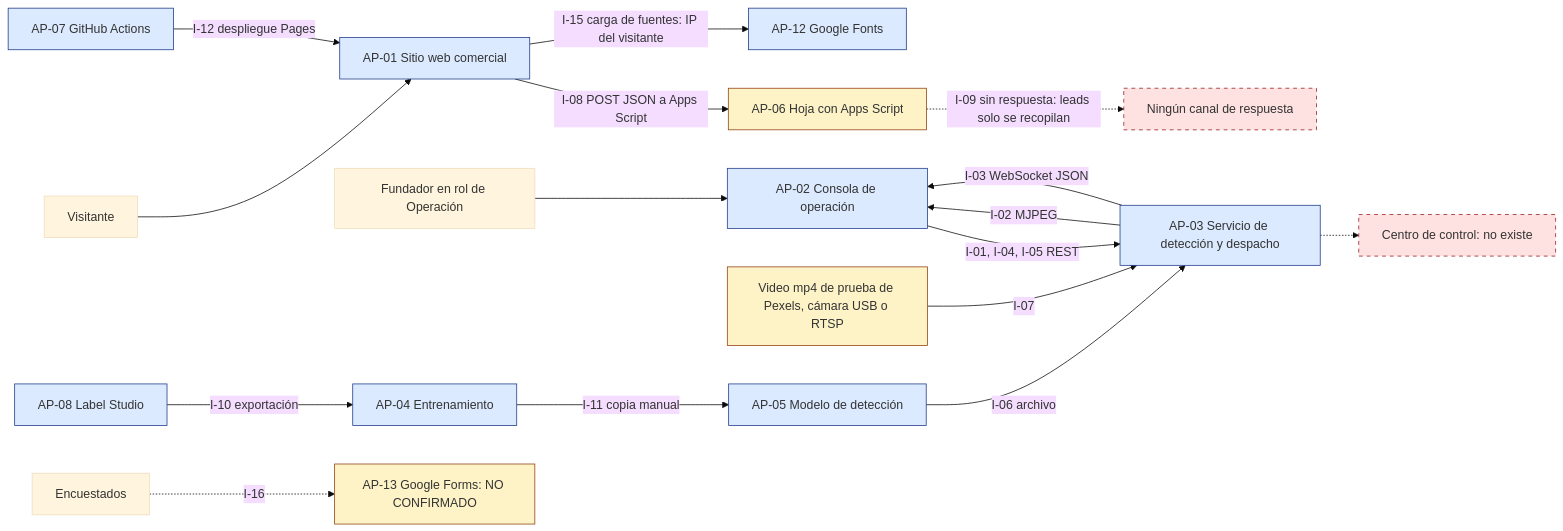
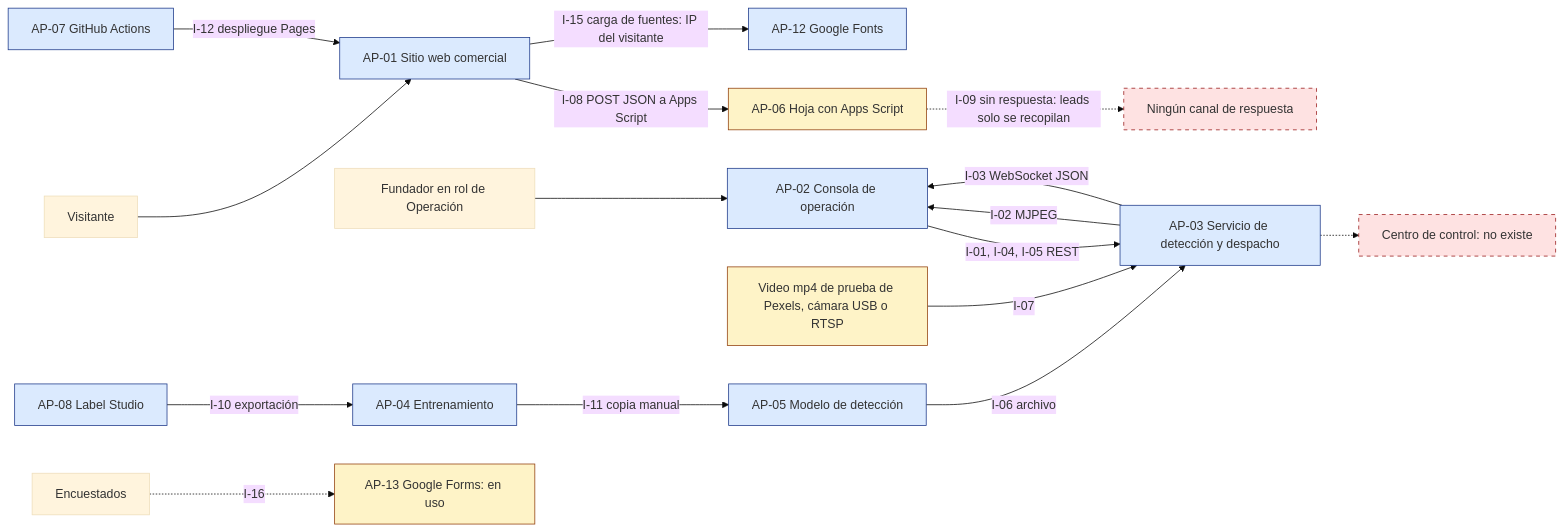
Before and after one commit to 5arSanti/tro-launcher: the diagram in docs/ae-final-project/ondas/M3-aplicaciones/diagramas/E6b-integraciones-as-is.mmd, drawn with Mermaid (base theme). The commit also changed 20 other files, not shown here.

First line of the commit message:
Cierre de NO CONFIRMADO: cámaras, red, Google Forms, nube y fuentes normativas (#22)

```diff
--- a/docs/ae-final-project/ondas/M3-aplicaciones/diagramas/E6b-integraciones-as-is.mmd
+++ b/docs/ae-final-project/ondas/M3-aplicaciones/diagramas/E6b-integraciones-as-is.mmd
@@ -1,22 +1,22 @@
 flowchart LR
   U[Visitante] --> W[AP-01 Sitio web comercial]
   W -- "I-08 POST JSON a Apps Script" --> S[AP-06 Hoja con Apps Script]
   S -. "I-09 sin respuesta: leads solo se recopilan" .-> N[Ningún canal de respuesta]
   O[Fundador en rol de Operación] --> F[AP-02 Consola de operación]
   F -- "I-01, I-04, I-05 REST" --> B[AP-03 Servicio de detección y despacho]
   B -- "I-02 MJPEG" --> F
   B -- "I-03 WebSocket JSON" --> F
   M[AP-05 Modelo de detección] -- "I-06 archivo" --> B
   V[Video mp4 de prueba de Pexels, cámara USB o RTSP] -- "I-07" --> B
   L[AP-08 Label Studio] -- "I-10 exportación" --> T[AP-04 Entrenamiento]
   T -- "I-11 copia manual" --> M
   G[AP-07 GitHub Actions] -- "I-12 despliegue Pages" --> W
   W -- "I-15 carga de fuentes: IP del visitante" --> GF[AP-12 Google Fonts]
-  E[Encuestados] -. "I-16" .-> GFo[AP-13 Google Forms: NO CONFIRMADO]
+  E[Encuestados] -. "I-16" .-> GFo[AP-13 Google Forms: en uso]
   B -.-> X[Centro de control: no existe]
   classDef obs fill:#dbeafe,stroke:#1e3a8a;
   classDef nc fill:#fef3c7,stroke:#92400e;
   classDef gap fill:#fee2e2,stroke:#991b1b,stroke-dasharray:5 5;
   class W,F,B,M,L,T,G,GF obs;
   class S,V,GFo nc;
   class X,N gap;
```
